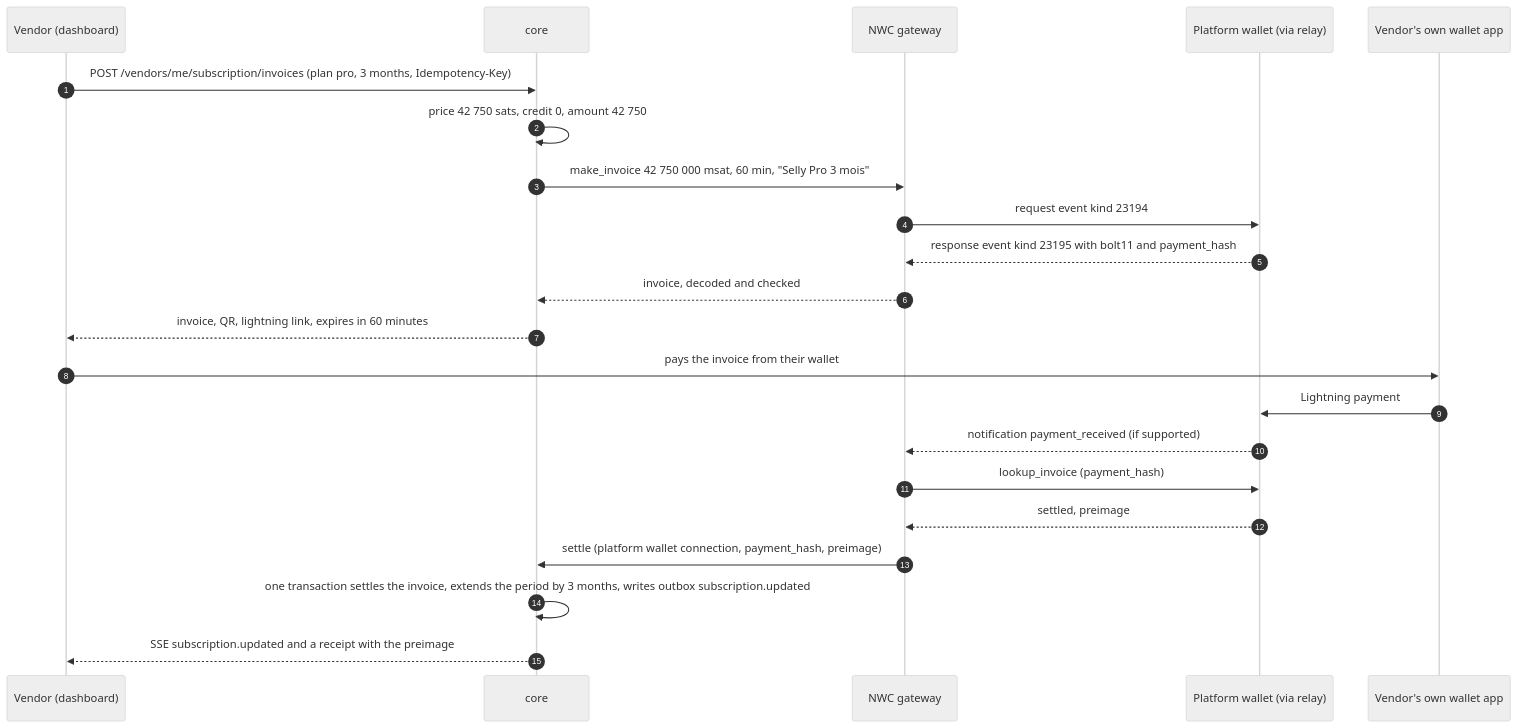
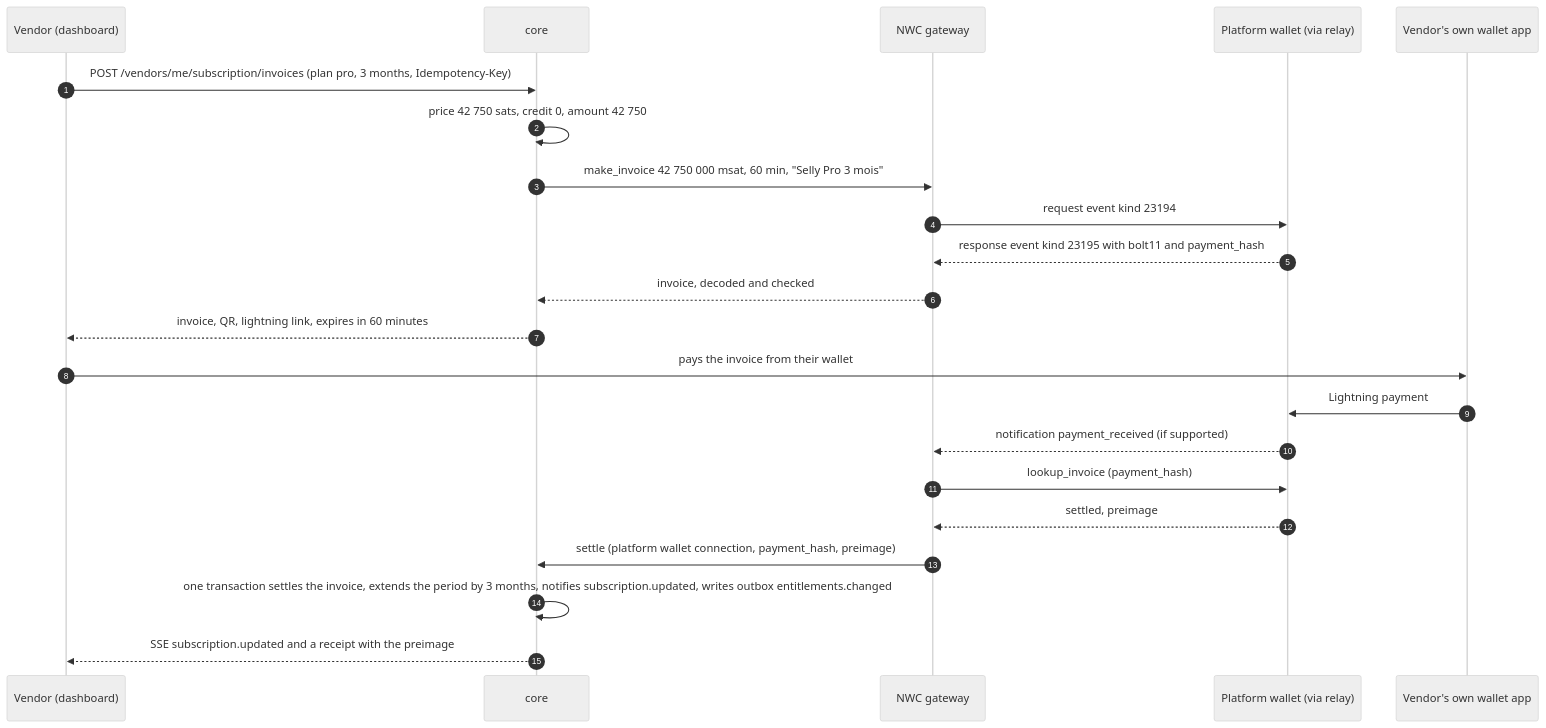
The ninth of 13 diagrams in docs/architecture.md (MELAS-exe/Selly), drawn with Mermaid (neutral theme) before and after one commit. The commit also changed other lines of this file and 17 other files, not shown here.

First line of the commit message:
core: subscription payment (trial, invoices on the platform wallet, period rules, status job)

````diff
--- a/docs/architecture.md
+++ b/docs/architecture.md
@@ -1506,24 +1512,24 @@
 ```mermaid
 sequenceDiagram
   autonumber
   participant V as Vendor (dashboard)
   participant K as core
   participant N as NWC gateway
   participant P as Platform wallet (via relay)
   participant X as Vendor's own wallet app
   V->>K: POST /vendors/me/subscription/invoices (plan pro, 3 months, Idempotency-Key)
   K->>K: price 42 750 sats, credit 0, amount 42 750
   K->>N: make_invoice 42 750 000 msat, 60 min, "Selly Pro 3 mois"
   N->>P: request event kind 23194
   P-->>N: response event kind 23195 with bolt11 and payment_hash
   N-->>K: invoice, decoded and checked
   K-->>V: invoice, QR, lightning link, expires in 60 minutes
   V->>X: pays the invoice from their wallet
   X->>P: Lightning payment
   P-->>N: notification payment_received (if supported)
   N->>P: lookup_invoice (payment_hash)
   P-->>N: settled, preimage
   N->>K: settle (platform wallet connection, payment_hash, preimage)
-  K->>K: one transaction settles the invoice, extends the period by 3 months, writes outbox subscription.updated
+  K->>K: one transaction settles the invoice, extends the period by 3 months, notifies subscription.updated, writes outbox entitlements.changed
   K-->>V: SSE subscription.updated and a receipt with the preimage
 ```
````
